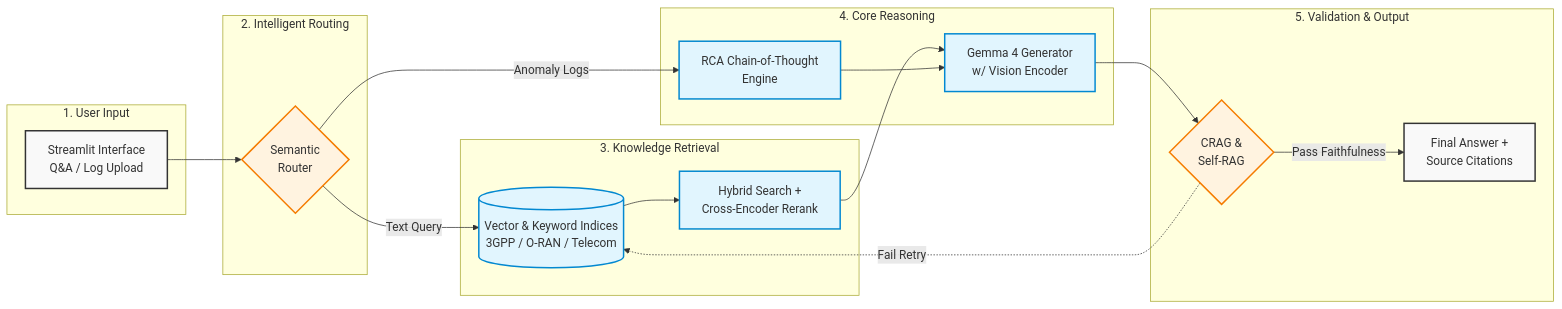
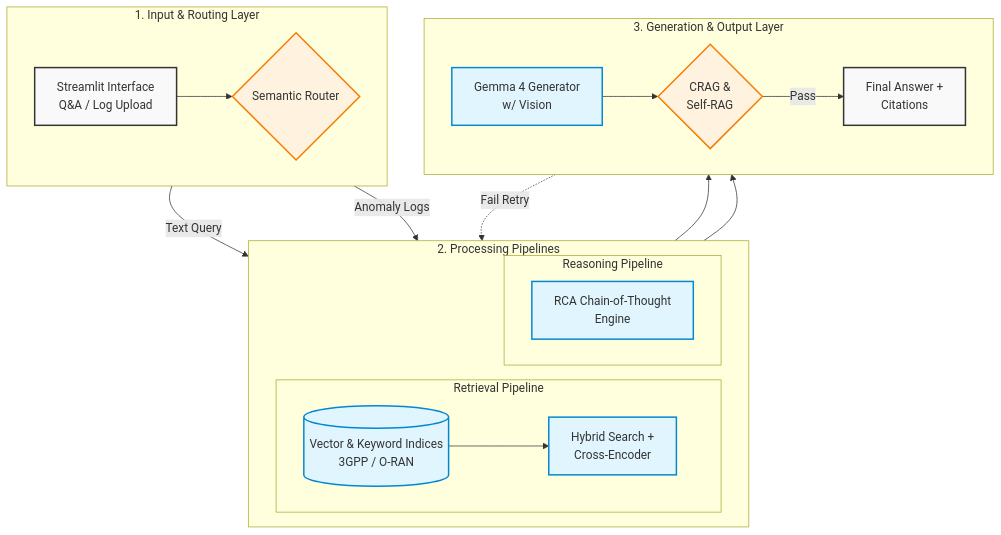
The diagram in docs/ppt_architecture_slide.md (t-sameer/TeleRAG), drawn with Mermaid before and after one commit. The commit also changed other lines of this file, not shown here.

Commit message:
docs: add architecture diagram for presentation in Mermaid format

````diff
--- a/docs/ppt_architecture_slide.md
+++ b/docs/ppt_architecture_slide.md
@@ -5,55 +5,43 @@
 ```mermaid
-flowchart LR
-    %% Minimal Landscape Architecture for PPT Presentation
+flowchart TB
+    %% Stacked 3-Tier Architecture for PPT Presentation
     
-    subgraph S1 ["1. User Input"]
-        UI[Streamlit Interface<br/>Q&A / Log Upload]
+    subgraph Top ["1. Input & Routing Layer"]
+        direction LR
+        UI[Streamlit Interface<br/>Q&A / Log Upload] --> Router{Semantic Router}
     end
 
-    subgraph S2 ["2. Intelligent Routing"]
-        Router{Semantic<br/>Router}
+    subgraph Mid ["2. Processing Pipelines"]
+        direction LR
+        subgraph Ret ["Retrieval Pipeline"]
+            DB[(Vector & Keyword Indices<br/>3GPP / O-RAN)] --> Search[Hybrid Search +<br/>Cross-Encoder]
+        end
+        subgraph Logic ["Reasoning Pipeline"]
+            RCA[RCA Chain-of-Thought<br/>Engine]
+        end
     end
 
-    subgraph S3 ["3. Knowledge Retrieval"]
-        DB[(Vector & Keyword Indices<br/>3GPP / O-RAN / Telecom)]
-        Search[Hybrid Search +<br/>Cross-Encoder Rerank]
+    subgraph Bottom ["3. Generation & Output Layer"]
+        direction LR
+        LLM[Gemma 4 Generator<br/>w/ Vision] --> Eval{CRAG &<br/>Self-RAG}
+        Eval -->|Pass| Out[Final Answer +<br/>Citations]
     end
 
-    subgraph S4 ["4. Core Reasoning"]
-        RCA[RCA Chain-of-Thought<br/>Engine]
-        LLM[Gemma 4 Generator<br/>w/ Vision Encoder]
-    end
-
-    subgraph S5 ["5. Validation & Output"]
-        Eval{CRAG &<br/>Self-RAG}
-        Out[Final Answer +<br/>Source Citations]
-    end
-
-    %% Flow paths
-    UI --> Router
-    
-    %% Split flows
+    %% Cross-layer flows
     Router -->|Text Query| DB
     Router -->|Anomaly Logs| RCA
     
-    %% Retrieval pipeline
-    DB --> Search
     Search --> LLM
+    RCA --> LLM
     
-    %% Generation pipeline
-    RCA --> LLM
-    LLM --> Eval
-    
-    %% Evaluation loop
-    Eval -->|Pass Faithfulness| Out
     Eval -.->|Fail Retry| DB
     
     %% Styling for presentation
     classDef default fill:#f9f9f9,stroke:#333,stroke-width:2px;
     classDef highlight fill:#e1f5fe,stroke:#0288d1,stroke-width:2px;
     classDef logic fill:#fff3e0,stroke:#f57c00,stroke-width:2px;
     
     class UI,Out default;
     class Router,Eval logic;
     class DB,Search,RCA,LLM highlight;
 ```
````
